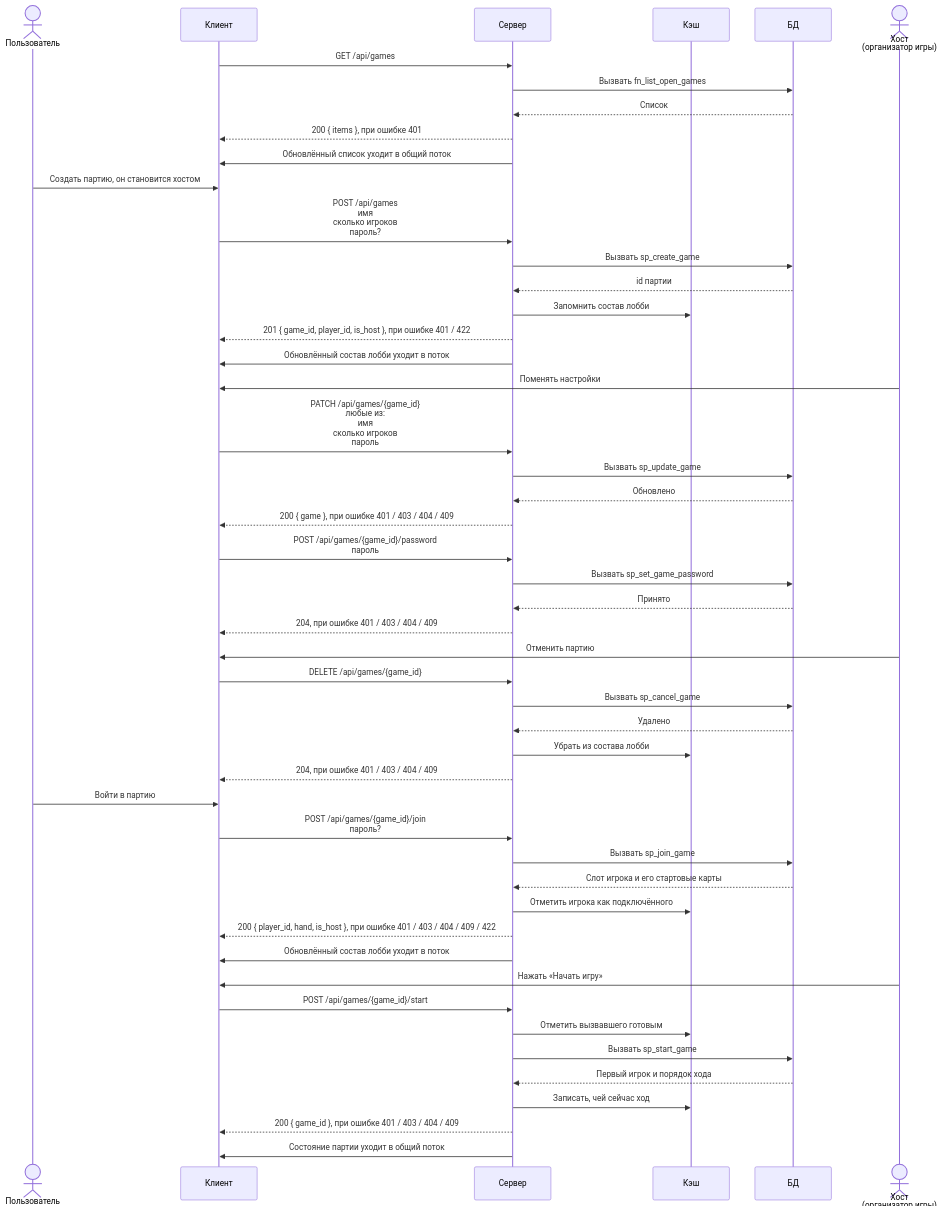
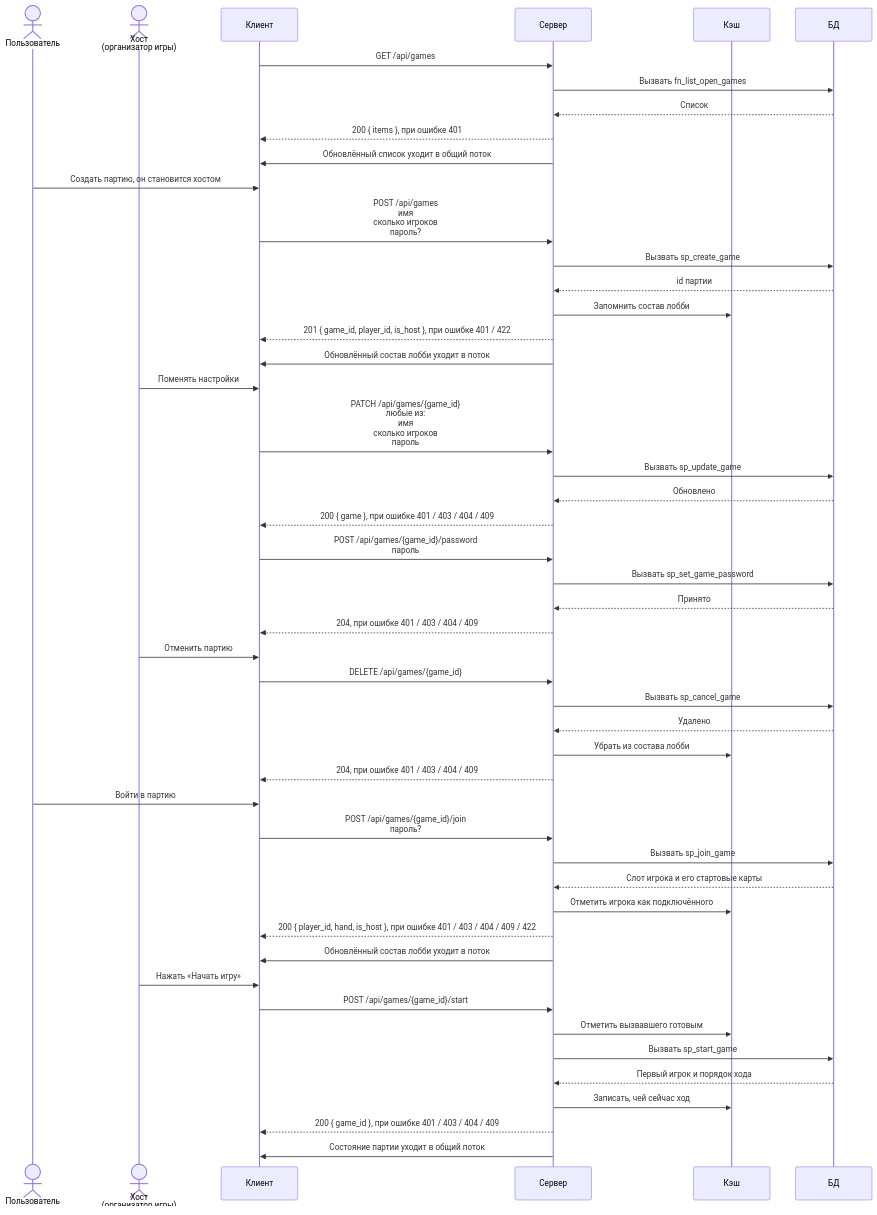
One commit to docup1/edin-game changed the diagram in diagrams/lobby.mmd. Above: the diagram before and after it, drawn with Mermaid. The commit also changed other lines of this file, not shown here.

```diff
--- a/diagrams/lobby.mmd
+++ b/diagrams/lobby.mmd
@@ -1,90 +1,90 @@
 %% Всё до игры: список, создание, настройки, отмена, вход, старт.
 %% Действуют двое: обычный пользователь и хост, то есть организатор партии.
 %% Партия ещё не началась, поэтому состав лобби в кэше, факты в базе.
 %% Диаграмма делится по смыслу, а не по наличию {game_id}: пароль ставит
 %% админ, но до игры, поэтому разбирается здесь.
 sequenceDiagram
     actor U as Пользователь
+    actor H as Хост<br/>(организатор игры)
     participant C as Клиент
     participant S as Сервер
     participant K as Кэш
     participant D as БД
-    actor H as Хост<br/>(организатор игры)
 
     %% Фильтры has_slot и mine живут в колонке Query таблицы в API.md,
     %% на стрелке их нет: список и так уходит в поток целиком.
     C->>S: GET /api/games
     S->>D: Вызвать fn_list_open_games
     D-->>S: Список
     S-->>C: 200 { items }, при ошибке 401
     S->>C: Обновлённый список уходит в общий поток
 
     U->>C: Создать партию, он становится хостом
     C->>S: POST /api/games<br/>имя<br/>сколько игроков<br/>пароль?
     S->>D: Вызвать sp_create_game
     D-->>S: id партии
     S->>K: Запомнить состав лобби
     S-->>C: 201 { game_id, player_id, is_host }, при ошибке 401 / 422
     S->>C: Обновлённый состав лобби уходит в поток
 
     H->>C: Поменять настройки
     C->>S: PATCH /api/games/{game_id}<br/>любые из:<br/>имя<br/>сколько игроков<br/>пароль
     S->>D: Вызвать sp_update_game
     D-->>S: Обновлено
     S-->>C: 200 { game }, при ошибке 401 / 403 / 404 / 409
 
     C->>S: POST /api/games/{game_id}/password<br/>пароль
     S->>D: Вызвать sp_set_game_password
     D-->>S: Принято
     S-->>C: 204, при ошибке 401 / 403 / 404 / 409
 
     H->>C: Отменить партию
     C->>S: DELETE /api/games/{game_id}
     S->>D: Вызвать sp_cancel_game
     D-->>S: Удалено
     S->>K: Убрать из состава лобби
     S-->>C: 204, при ошибке 401 / 403 / 404 / 409
 
     U->>C: Войти в партию
     C->>S: POST /api/games/{game_id}/join<br/>пароль?
     S->>D: Вызвать sp_join_game
     D-->>S: Слот игрока и его стартовые карты
     S->>K: Отметить игрока как подключённого
     S-->>C: 200 { player_id, hand, is_host }, при ошибке 401 / 403 / 404 / 409 / 422
     S->>C: Обновлённый состав лобби уходит в поток
 
     H->>C: Нажать «Начать игру»
     C->>S: POST /api/games/{game_id}/start
     S->>K: Отметить вызвавшего готовым
     S->>D: Вызвать sp_start_game
     D-->>S: Первый игрок и порядок хода
     S->>K: Записать, чей сейчас ход
     S-->>C: 200 { game_id }, при ошибке 401 / 403 / 404 / 409
     S->>C: Состояние партии уходит в общий поток
 
     %% Список требует сессии, поэтому гостя без входа здесь нет: без cookie
     %% приходит 401. В списке есть, сколько мест занято, но нет имён игроков -
     %% имена иначе утекли бы всем подряд.
     %% has_slot - только партии со свободными местами, по умолчанию включён:
     %% иначе пользователь кликнет в партию без мест и получит отказ. mine -
     %% только свои партии. Страниц нет: список приходит целиком и в общий поток,
     %% поэтому опрашивать его вручную не нужно.
     %% max_players вне диапазона 2..6 или пустое имя - 422.
     %% Приглашение - обычная ссылка /game/{id}, отдельная сущность в базе не нужна.
     %% Настройки меняет только хост и только до старта. max_players нельзя сделать
     %% меньше занятых мест, password можно обнулить через null.
     %% Пароль без актора: это действие админа, а не хоста и не игрока, поэтому
     %% отдельного участника ради него заводить не стали. sp_set_game_password
     %% требует роль admin и работает только до старта. Пароль, поставленный
     %% админом, хост снять не может: снимается он только тем же эндпоинтом.
     %% Отмена - настоящее удаление, а не флаг cancelled: иначе про него пришлось бы
     %% вечно помнить.
     %% join проверяет пароль, свободное место и что партия не началась. Но если
     %% за игроком уже есть место - пускает обратно даже после старта, выдавая
     %% пустую руку. Раньше leave место сохранял, а join отказывал, и вышедший
     %% оставался заперт снаружи.
     %% Отказ от входа - это не leave: до старта место просто освобождается.
     %% start отмечает готовым и запускает: готовность - это факт, а не действие,
     %% и живёт в кэше. 409 если готовы не все, причём готовность не сбрасывается.
     %% Состав лобби и текущий ход живут в кэше, в базе только факты: игроки,
     %% карты, ходы.
```
